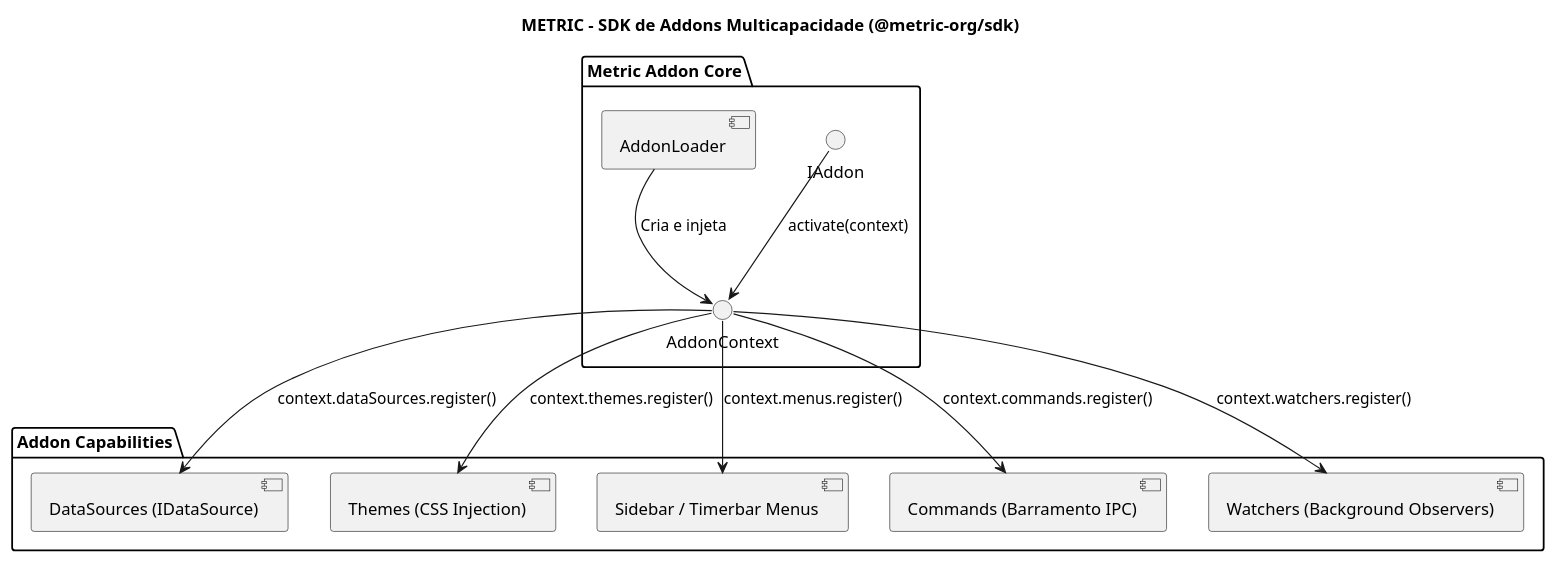
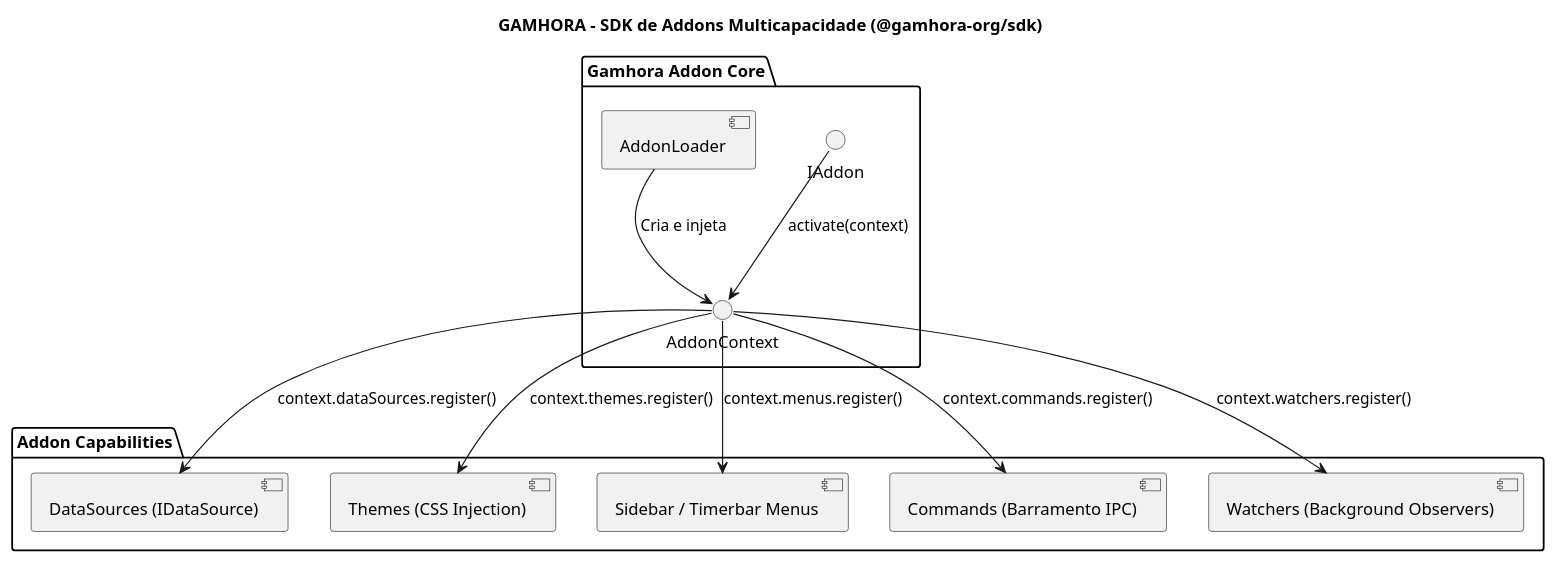
Before and after one commit to Gustavohps10/gamhora: the diagram in docs/srs/diagrams/puml/component/diagram-component-001-custom-extensions.puml, drawn with PlantUML. The commit also changed 323 other files, not shown here.

Commit message:
feat(core): rebrand from Metric to Gamhora, setup typecheck pipeline and strict typings

```diff
--- a/docs/srs/diagrams/puml/component/diagram-component-001-custom-extensions.puml
+++ b/docs/srs/diagrams/puml/component/diagram-component-001-custom-extensions.puml
@@ -1,25 +1,25 @@
 @startuml ComponentCustomExtensions
-title METRIC - SDK de Addons Multicapacidade (@metric-org/sdk)
+title GAMHORA - SDK de Addons Multicapacidade (@gamhora-org/sdk)
 
-package "Metric Addon Core" {
+package "Gamhora Addon Core" {
     interface "IAddon" as IAddon
     interface "AddonContext" as AddonCtx
     component [AddonLoader] as Loader
 }
 
 package "Addon Capabilities" {
     [DataSources (IDataSource)] as DS
     [Themes (CSS Injection)] as Themes
     [Sidebar / Timerbar Menus] as Menus
     [Commands (Barramento IPC)] as Cmds
     [Watchers (Background Observers)] as Watchers
 }
 
 Loader --> AddonCtx : Cria e injeta
 IAddon --> AddonCtx : activate(context)
 AddonCtx --> DS : context.dataSources.register()
 AddonCtx --> Themes : context.themes.register()
 AddonCtx --> Menus : context.menus.register()
 AddonCtx --> Cmds : context.commands.register()
 AddonCtx --> Watchers : context.watchers.register()
 @enduml
```
